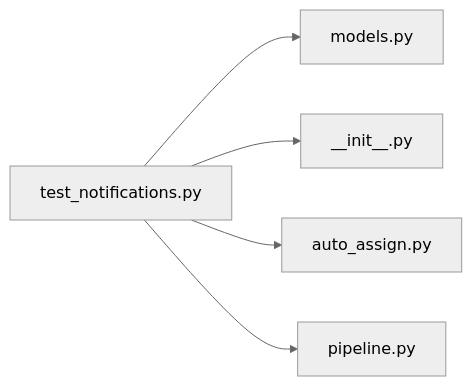
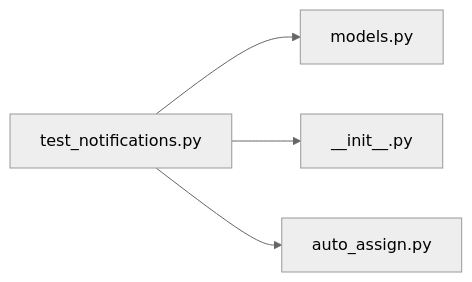
The diagram in .cluedoc/graph/backend/tests/integration/db/test_notifications.md (minkong-dev/Banblit), drawn with Mermaid (neutral theme) before and after one commit. The commit also changed other lines of this file and 40 other files, not shown here.

````diff
--- a/.cluedoc/graph/backend/tests/integration/db/test_notifications.md
+++ b/.cluedoc/graph/backend/tests/integration/db/test_notifications.md
@@ -10,8 +10,7 @@
 ```mermaid
 flowchart LR
   backend_tests_integration_db_test_notifications["test_notifications.py"]
   backend_tests_integration_db_test_notifications --> backend_src_backend_db_models["models.py"]
   backend_tests_integration_db_test_notifications --> backend_src_backend_jobs___init__["__init__.py"]
   backend_tests_integration_db_test_notifications --> backend_src_backend_jobs_auto_assign["auto_assign.py"]
-  backend_tests_integration_db_test_notifications --> backend_src_backend_services_period_pipeline["pipeline.py"]
 ```
````
